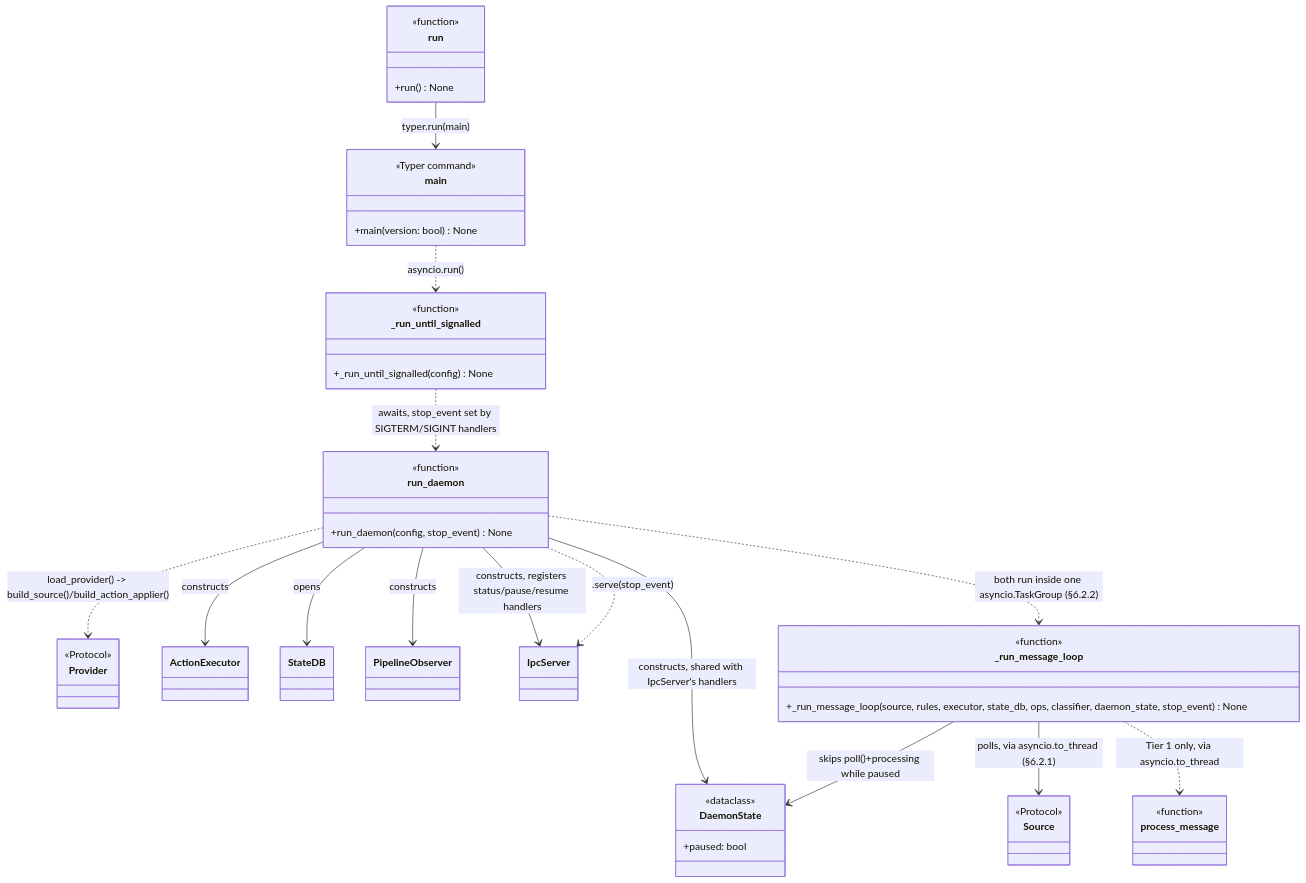
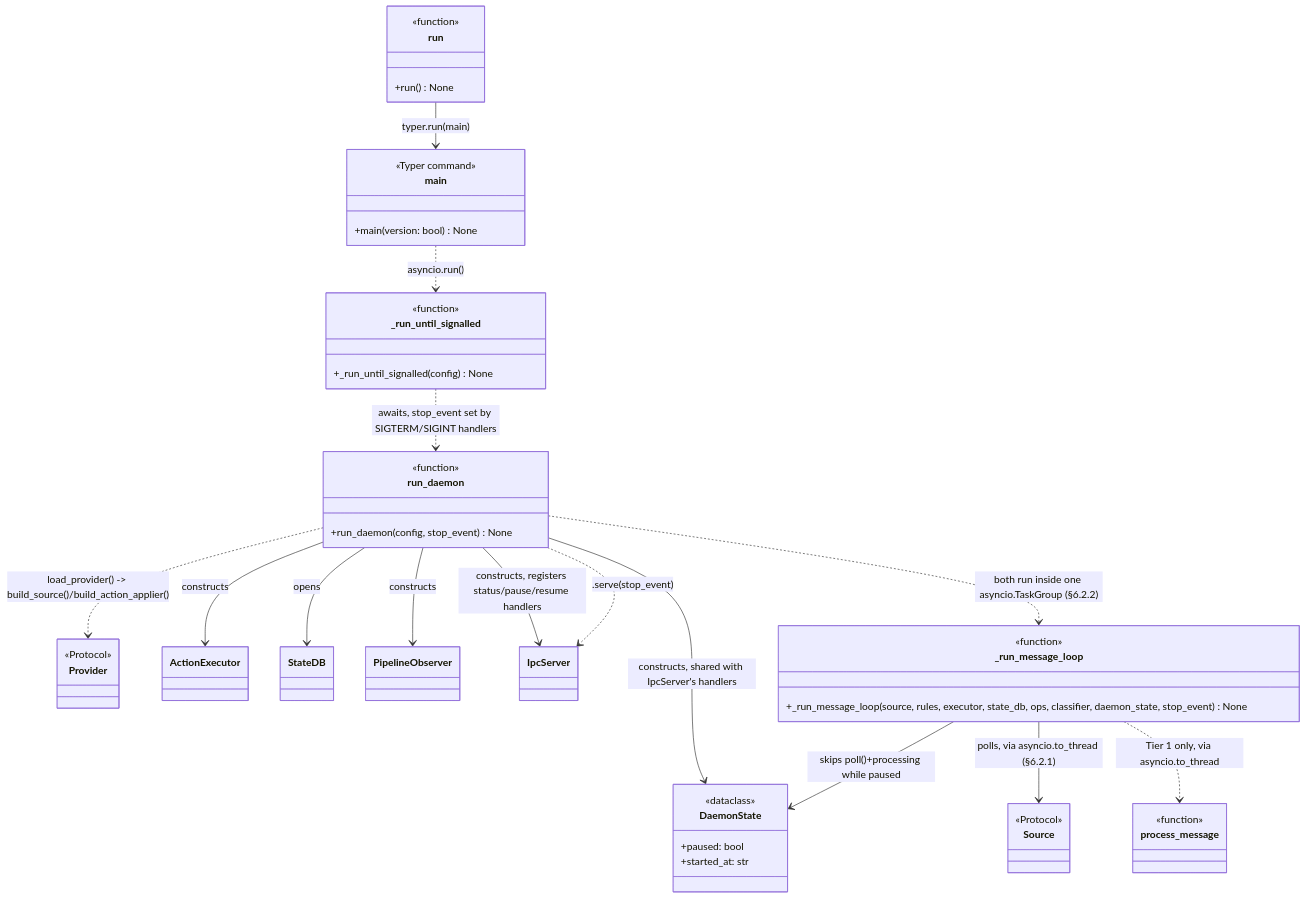
Diagram 32 of 34 in docs/DESIGN.md (Stainless5166/friendly-octo-spork), drawn with Mermaid before and after one commit. The commit also changed other lines of this file, not shown here.

````diff
--- a/docs/DESIGN.md
+++ b/docs/DESIGN.md
@@ -1595,51 +1614,52 @@
 ```mermaid
 classDiagram
     class main {
         <<Typer command>>
         +main(version: bool) None
     }
     class run {
         <<function>>
         +run() None
     }
     class Provider { <<Protocol>> }
     class Source { <<Protocol>> }
     class ActionExecutor
     class StateDB
     class PipelineObserver
     class process_message { <<function>> }
     class IpcServer
 
     class DaemonState {
         <<dataclass>>
         +paused: bool
+        +started_at: str
     }
 
     class run_daemon {
         <<function>>
         +run_daemon(config, stop_event) None
     }
     class _run_message_loop {
         <<function>>
         +_run_message_loop(source, rules, executor, state_db, ops, classifier, daemon_state, stop_event) None
     }
     class _run_until_signalled {
         <<function>>
         +_run_until_signalled(config) None
     }
 
     run --> main : typer.run(main)
     main ..> _run_until_signalled : asyncio.run()
     _run_until_signalled ..> run_daemon : awaits, stop_event set by SIGTERM/SIGINT handlers
     run_daemon ..> Provider : load_provider() -> build_source()/build_action_applier()
     run_daemon --> ActionExecutor : constructs
     run_daemon --> StateDB : opens
     run_daemon --> PipelineObserver : constructs
     run_daemon --> DaemonState : constructs, shared with IpcServer's handlers
     run_daemon --> IpcServer : constructs, registers status/pause/resume handlers
     run_daemon ..> _run_message_loop : both run inside one asyncio.TaskGroup (§6.2.2)
     run_daemon ..> IpcServer : .serve(stop_event)
     _run_message_loop --> Source : polls, via asyncio.to_thread (§6.2.1)
     _run_message_loop --> DaemonState : skips poll()+processing while paused
     _run_message_loop ..> process_message : Tier 1 only, via asyncio.to_thread
 ```
````
